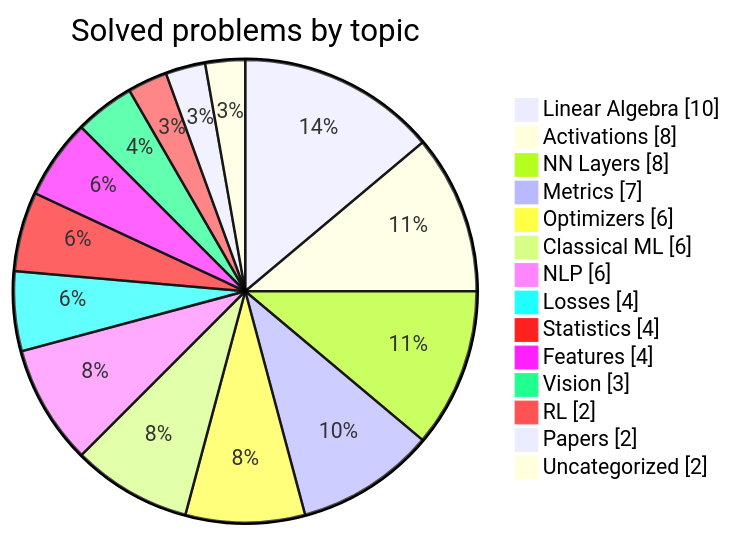
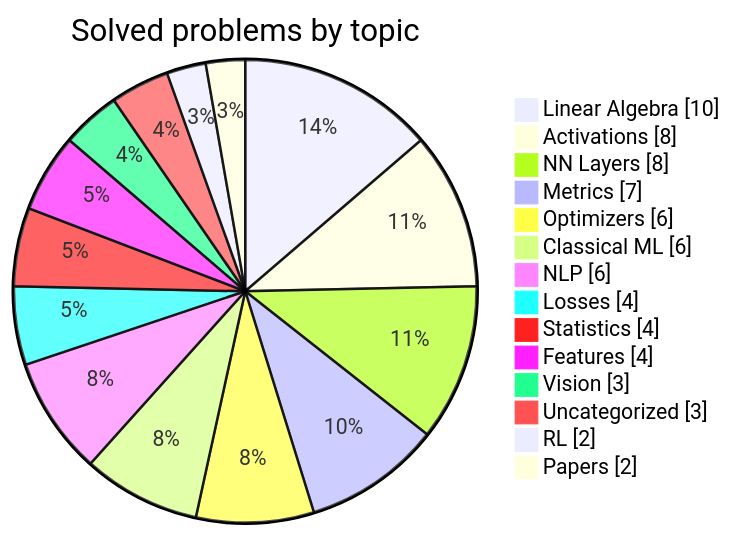
Before and after one commit to HarryTrn/TensorTonic-Solutions: the second of 2 diagrams in README.md, drawn with Mermaid. The commit also changed other lines of this file, not shown here.

````diff
--- a/README.md
+++ b/README.md
@@ -74,18 +74,18 @@
 ```mermaid
 pie showData
     title Solved problems by topic
     "Linear Algebra" : 10
     "Activations" : 8
     "NN Layers" : 8
     "Metrics" : 7
     "Optimizers" : 6
     "Classical ML" : 6
     "NLP" : 6
     "Losses" : 4
     "Statistics" : 4
     "Features" : 4
     "Vision" : 3
+    "Uncategorized" : 3
     "RL" : 2
     "Papers" : 2
-    "Uncategorized" : 2
 ```
````
